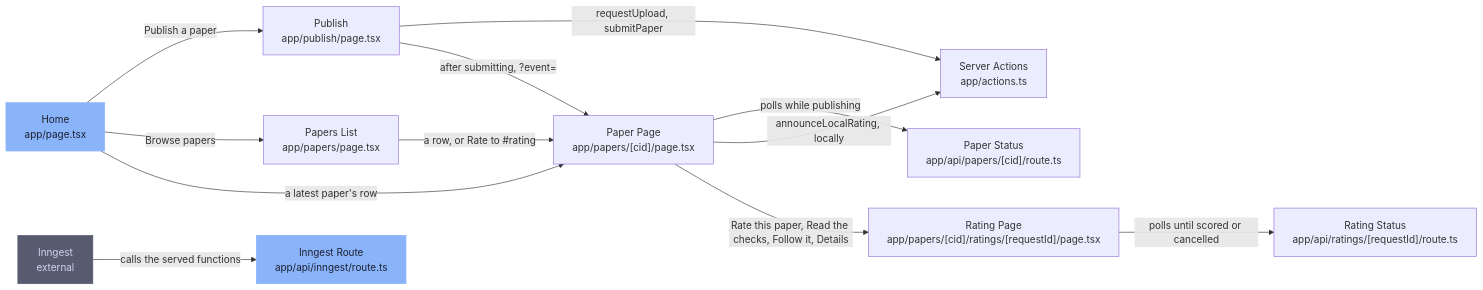
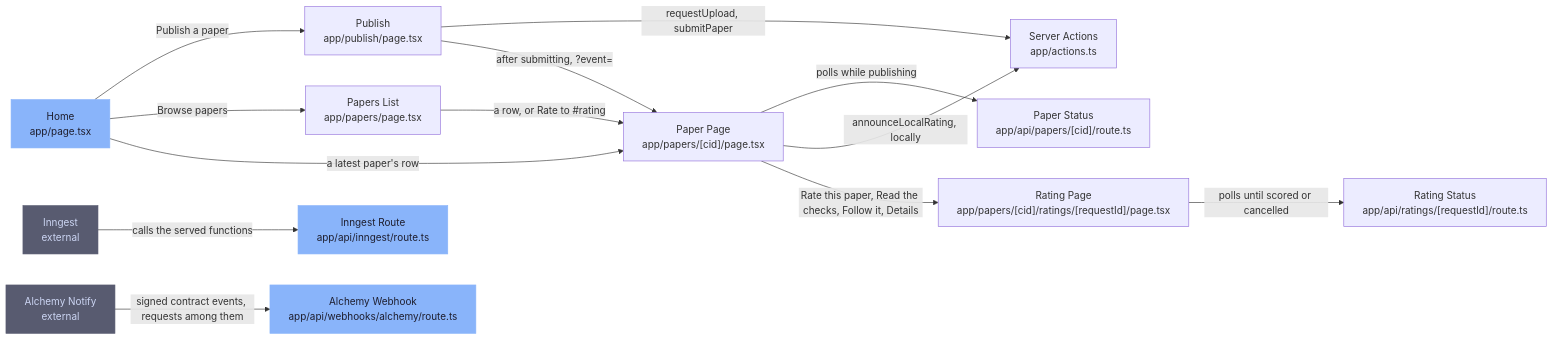
Before and after one commit to SiegfriedBz/labstrail: the diagram in .omm/route-page-map/diagram.mmd, drawn with Mermaid. The commit also changed 176 other files, not shown here.

```diff
--- a/.omm/route-page-map/diagram.mmd
+++ b/.omm/route-page-map/diagram.mmd
@@ -1,16 +1,17 @@
 graph LR
     home["Home\napp/page.tsx"] -->|"Publish a paper"| publish["Publish\napp/publish/page.tsx"]
     home -->|"Browse papers"| papers["Papers List\napp/papers/page.tsx"]
     home -->|"a latest paper's row"| paper["Paper Page\napp/papers/[cid]/page.tsx"]
     papers -->|"a row, or Rate to #rating"| paper
     publish -->|"requestUpload, submitPaper"| server-actions["Server Actions\napp/actions.ts"]
     publish -->|"after submitting, ?event=<id>"| paper
     paper -->|"polls while publishing"| api-papers["Paper Status\napp/api/papers/[cid]/route.ts"]
     paper -->|"announceLocalRating, locally"| server-actions
     paper -->|"Rate this paper, Read the checks, Follow it, Details"| rating["Rating Page\napp/papers/[cid]/ratings/[requestId]/page.tsx"]
     rating -->|"polls until scored or cancelled"| api-ratings["Rating Status\napp/api/ratings/[requestId]/route.ts"]
     inngest["Inngest\nexternal"] -->|"calls the served functions"| inngest-route["Inngest Route\napp/api/inngest/route.ts"]
+    alchemy-notify["Alchemy Notify\nexternal"] -->|"signed contract events, requests among them"| api-webhooks["Alchemy Webhook\napp/api/webhooks/alchemy/route.ts"]
     classDef entry fill:#89b4fa,stroke:#89b4fa,color:#1e1e2e
     classDef external fill:#585b70,stroke:#585b70,color:#cdd6f4
-    class home,inngest-route entry
-    class inngest external
+    class home,inngest-route,api-webhooks entry
+    class inngest,alchemy-notify external
```
